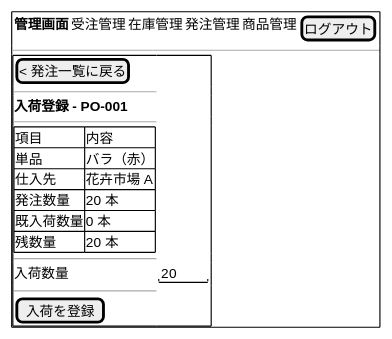
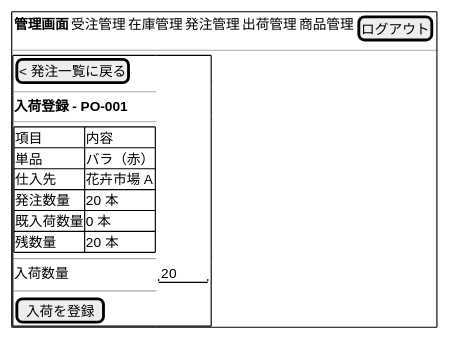
One commit to k2works/case-study-sdd-development changed diagram 17 of 25 in docs/design/ui-design.md. Above: the diagram before and after it, drawn with PlantUML. The commit also changed other lines of this file, not shown here.

````diff
--- a/docs/design/ui-design.md
+++ b/docs/design/ui-design.md
@@ -534,28 +652,28 @@
 ```plantuml
 @startsalt
 {+
   {
-    <b>管理画面 | 受注管理 | 在庫管理 | 発注管理 | 商品管理 | [ログアウト]
+    <b>管理画面 | 受注管理 | 在庫管理 | 発注管理 | 出荷管理 | 商品管理 | [ログアウト]
   }
   ---
   {+
     [< 発注一覧に戻る]
     ---
     <b>入荷登録 - PO-001
     ---
     {#
       項目 | 内容
       単品 | バラ（赤）
       仕入先 | 花卉市場 A
       発注数量 | 20 本
       既入荷数量 | 0 本
       残数量 | 20 本
     }
     ---
     入荷数量 | "20   "
     ---
     [  入荷を登録  ]
   }
 }
 @endsalt
 ```
````
